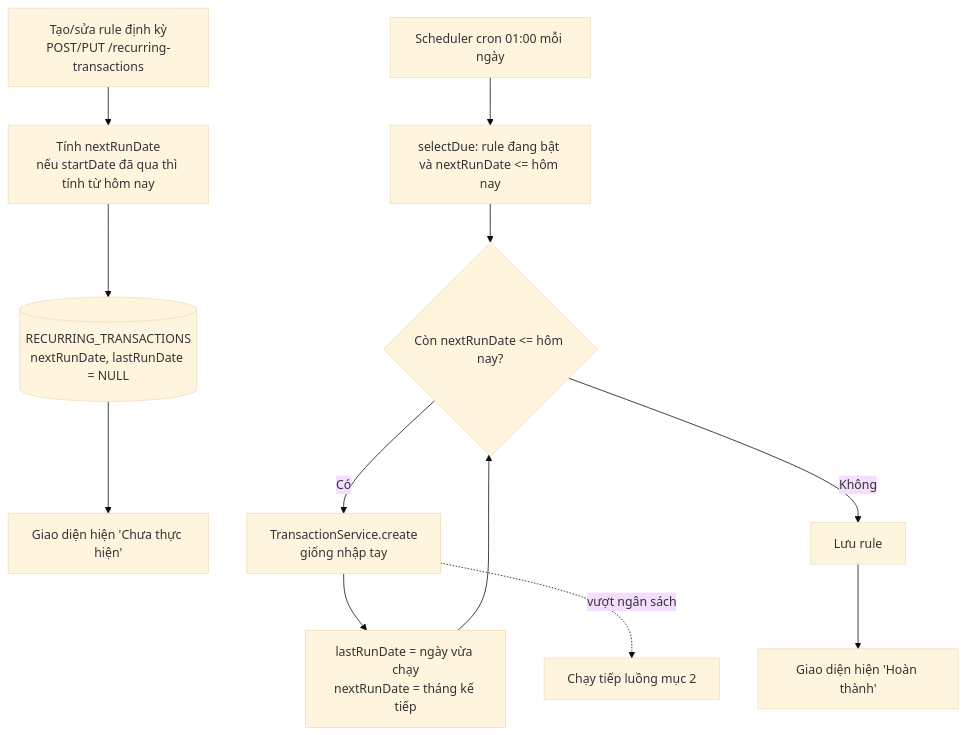
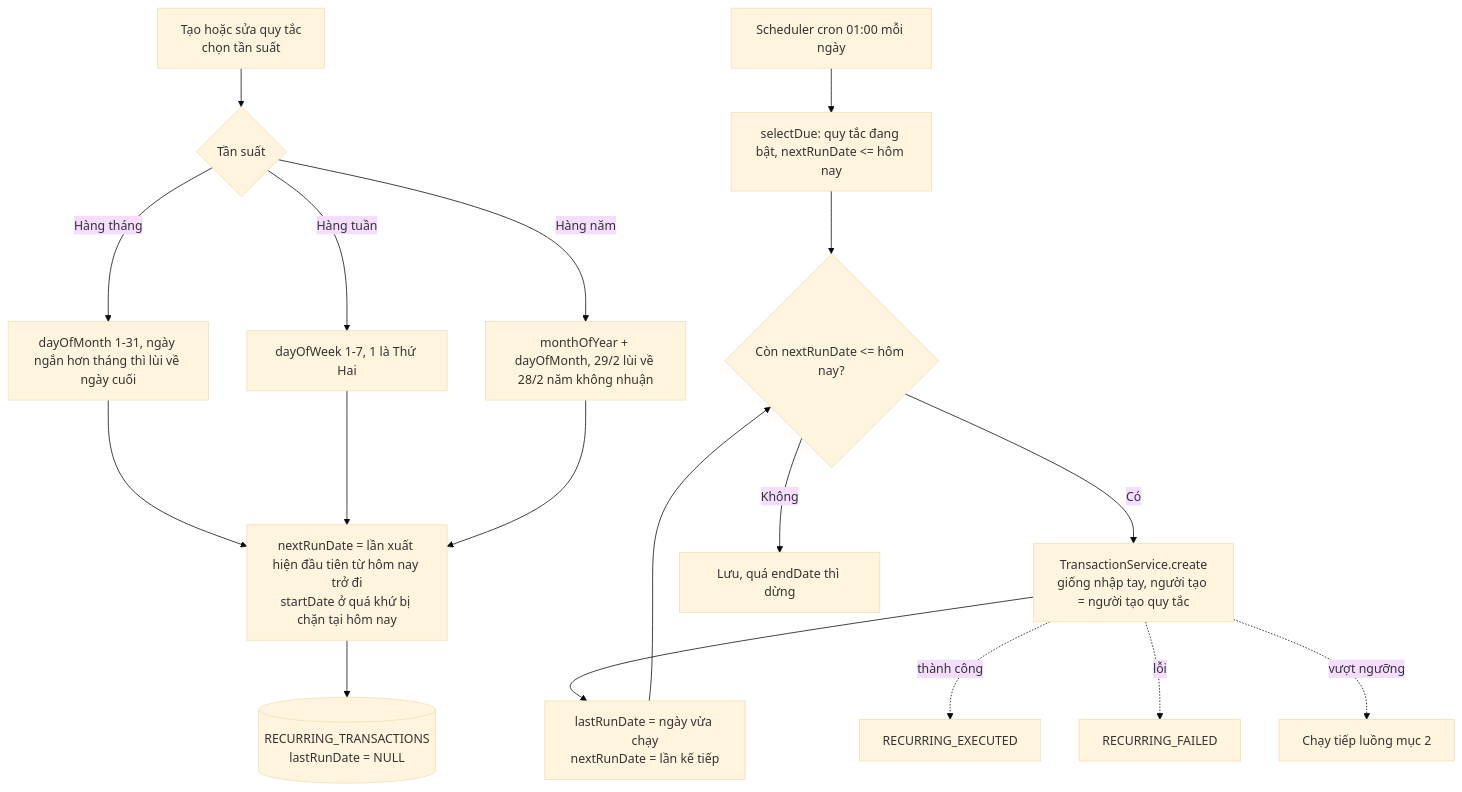
The eighth of 33 diagrams in README.md (boyquynhluu/family-expense-manager), drawn with Mermaid (base theme) before and after one commit. The commit also changed other lines of this file and 1 other file, not shown here.

````diff
--- a/README.md
+++ b/README.md
@@ -401,15 +361,21 @@
 ```mermaid
 flowchart TD
-    A["Tạo/sửa rule định kỳ<br/>POST/PUT /recurring-transactions"] --> B["Tính nextRunDate<br/>nếu startDate đã qua thì tính từ hôm nay"]
-    B --> C[("RECURRING_TRANSACTIONS<br/>nextRunDate, lastRunDate = NULL")]
-    C --> UI1["Giao diện hiện 'Chưa thực hiện'"]
+    A["Tạo hoặc sửa quy tắc<br/>chọn tần suất"] --> B{"Tần suất"}
+    B -- "Hàng tháng" --> B1["dayOfMonth 1-31, ngày ngắn hơn tháng thì lùi về ngày cuối"]
+    B -- "Hàng tuần" --> B2["dayOfWeek 1-7, 1 là Thứ Hai"]
+    B -- "Hàng năm" --> B3["monthOfYear + dayOfMonth, 29/2 lùi về 28/2 năm không nhuận"]
+    B1 --> C["nextRunDate = lần xuất hiện đầu tiên từ hôm nay trở đi<br/>startDate ở quá khứ bị chặn tại hôm nay"]
+    B2 --> C
+    B3 --> C
+    C --> D[("RECURRING_TRANSACTIONS<br/>lastRunDate = NULL")]
 
-    S["Scheduler cron 01:00 mỗi ngày"] --> Q["selectDue: rule đang bật và nextRunDate <= hôm nay"]
+    S["Scheduler cron 01:00 mỗi ngày"] --> Q["selectDue: quy tắc đang bật, nextRunDate <= hôm nay"]
     Q --> L{"Còn nextRunDate <= hôm nay?"}
-    L -- "Có" --> T["TransactionService.create<br/>giống nhập tay"]
-    T --> U["lastRunDate = ngày vừa chạy<br/>nextRunDate = tháng kế tiếp"]
+    L -- "Có" --> T["TransactionService.create<br/>giống nhập tay, người tạo = người tạo quy tắc"]
+    T --> U["lastRunDate = ngày vừa chạy<br/>nextRunDate = lần kế tiếp"]
     U --> L
-    L -- "Không" --> E["Lưu rule"]
-    E --> UI2["Giao diện hiện 'Hoàn thành'"]
-    T -. "vượt ngân sách" .-> K["Chạy tiếp luồng mục 2"]
+    L -- "Không" --> E["Lưu, quá endDate thì dừng"]
+    T -. "thành công" .-> N1["RECURRING_EXECUTED"]
+    T -. "lỗi" .-> N2["RECURRING_FAILED"]
+    T -. "vượt ngưỡng" .-> N3["Chạy tiếp luồng mục 2"]
 ```
````
